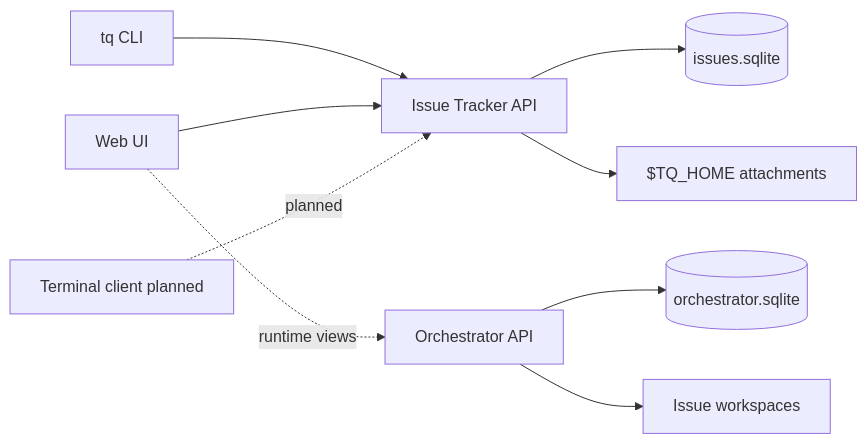
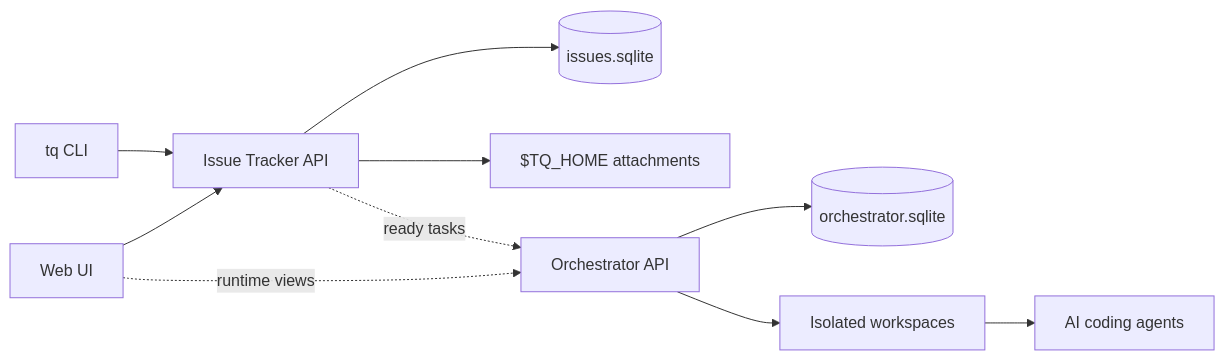
The diagram in docs/site/docs/getting-started/concepts/overview.md (version-1/tasq), drawn with Mermaid before and after one commit. The commit also changed other lines of this file and 1 other file, not shown here.

````diff
--- a/docs/site/docs/getting-started/concepts/overview.md
+++ b/docs/site/docs/getting-started/concepts/overview.md
@@ -21,11 +23,12 @@
 ```mermaid
 flowchart LR
   CLI[tq CLI] --> Tracker[Issue Tracker API]
   Web[Web UI] --> Tracker
-  Terminal[Terminal client planned] -. planned .-> Tracker
   Tracker --> IssueDB[(issues.sqlite)]
   Tracker --> Attachments[$TQ_HOME attachments]
+  Tracker -. ready tasks .-> Orchestrator[Orchestrator API]
   Orchestrator[Orchestrator API] --> RunDB[(orchestrator.sqlite)]
-  Orchestrator --> Workspaces[Issue workspaces]
+  Orchestrator --> Workspaces[Isolated workspaces]
+  Workspaces --> Agents[AI coding agents]
   Web -. runtime views .-> Orchestrator
 ```
````
